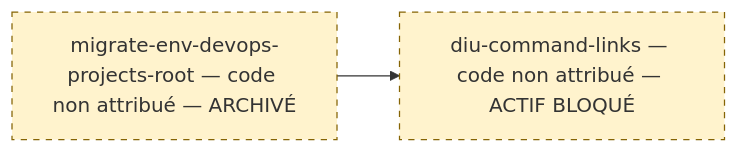
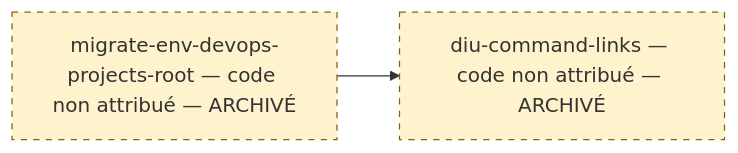
The third of 27 diagrams in DEVELOPMENT_MAP.md (AzenorPixs/diu), drawn with Mermaid before and after one commit. The commit also changed other lines of this file and 9 other files, not shown here.

````diff
--- a/DEVELOPMENT_MAP.md
+++ b/DEVELOPMENT_MAP.md
@@ -23,7 +23,7 @@
 ```mermaid
 flowchart LR
-  P_DIU_LINKS["diu-command-links — code non attribué — ACTIF BLOQUÉ"]
+  P_DIU_LINKS["diu-command-links — code non attribué — ARCHIVÉ"]
   P_DIU_ROOT["migrate-env-devops-projects-root — code non attribué — ARCHIVÉ"] --> P_DIU_LINKS
   classDef provisional fill:#fff3cd,stroke:#856404,stroke-dasharray: 5 5;
   class P_DIU_LINKS,P_DIU_ROOT provisional;
 ```
````
